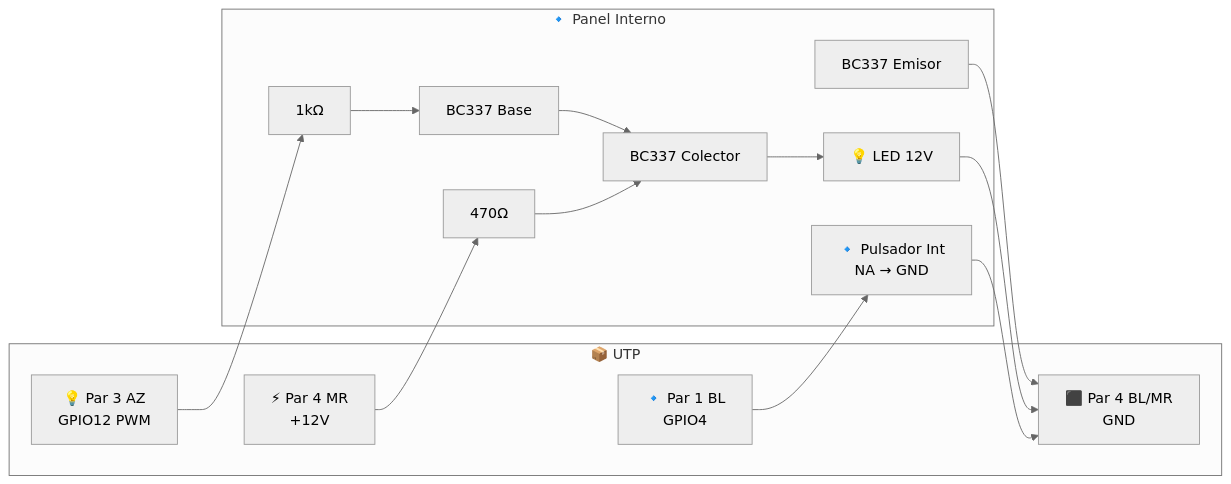
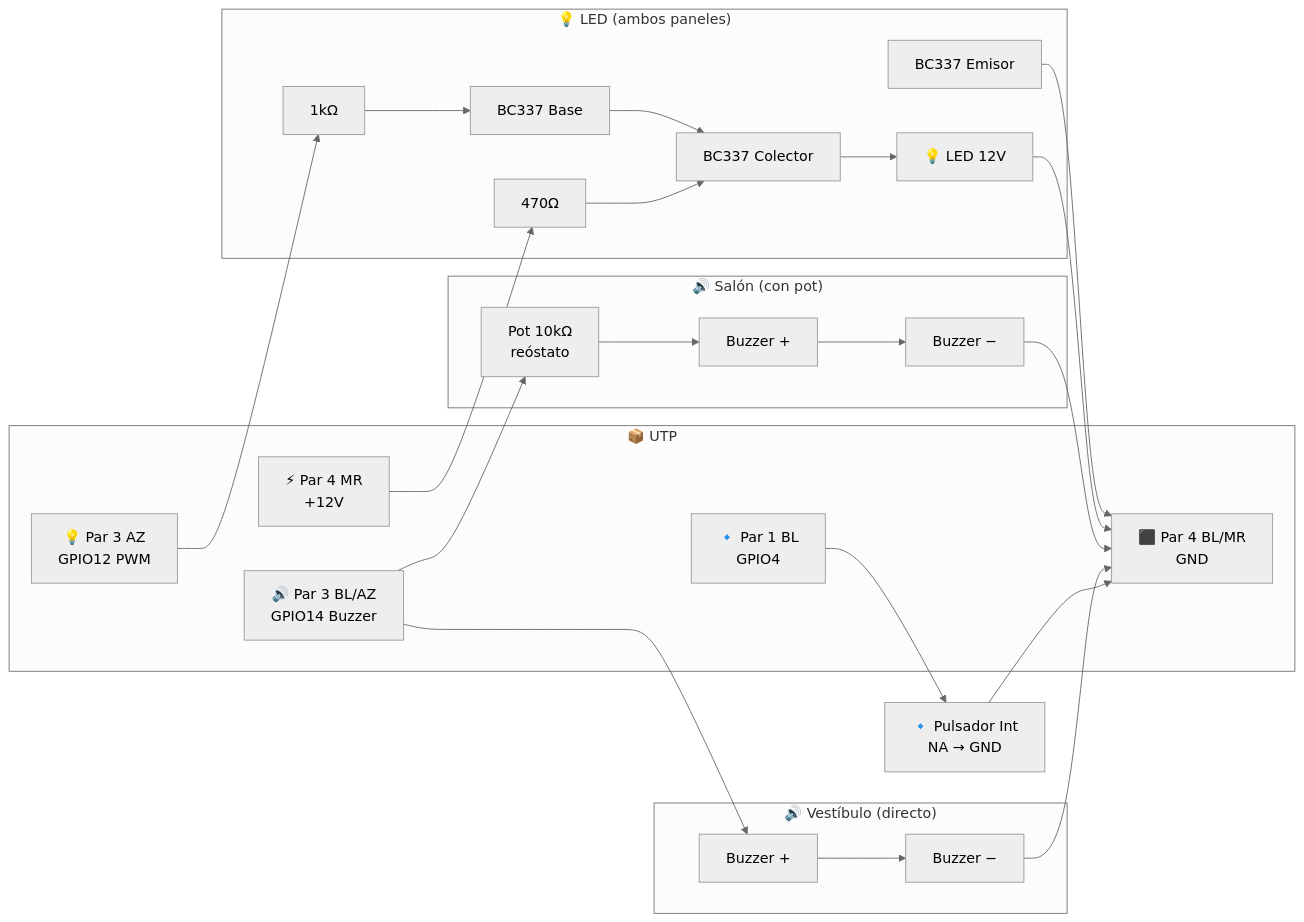
The fourth of 11 diagrams in SYSTEM_DEFINITION.md (abelbour/Abrepuertas), drawn with Mermaid (neutral theme) before and after one commit. The commit also changed other lines of this file, not shown here.

First line of the commit message:
docs: BOM, panel interno completo, pull-up GPIO16, correcciones

````diff
--- a/SYSTEM_DEFINITION.md
+++ b/SYSTEM_DEFINITION.md
@@ -416,23 +416,31 @@
 ```mermaid
 flowchart LR
     subgraph UTP["📦 UTP"]
         AZ["💡 Par 3 AZ<br/>GPIO12 PWM"]
+        BLAZ["🔊 Par 3 BL/AZ<br/>GPIO14 Buzzer"]
         P4MR["⚡ Par 4 MR<br/>+12V"]
         GND["⬛ Par 4 BL/MR<br/>GND"]
         P1BL["🔹 Par 1 BL<br/>GPIO4"]
     end
 
-    subgraph Panel["🔹 Panel Interno"]
+    subgraph LedDriver["💡 LED (ambos paneles)"]
         R1[1kΩ] --> B[BC337 Base]
         AZ --> R1
         B --> C[BC337 Colector]
         P4MR --> R2[470Ω] --> C
         E[BC337 Emisor] --> GND
-
         C --> LED12["💡 LED 12V"]
         LED12 --> GND
+    end
 
-        P1BL --> BtnInt["🔹 Pulsador Int<br/>NA → GND"]
-        BtnInt --> GND
+    subgraph BuzzerSalon["🔊 Salón (con pot)"]
+        BLAZ --> POT["Pot 10kΩ<br/>reóstato"] --> BZ_SALON["Buzzer +"] --> BZ_SALON_GND["Buzzer −"] --> GND
     end
+
+    subgraph BuzzerVest["🔊 Vestíbulo (directo)"]
+        BLAZ --> BZ_VEST["Buzzer +"] --> BZ_VEST_GND["Buzzer −"] --> GND
+    end
+
+    P1BL --> BtnInt["🔹 Pulsador Int<br/>NA → GND"]
+    BtnInt --> GND
 ```
````
